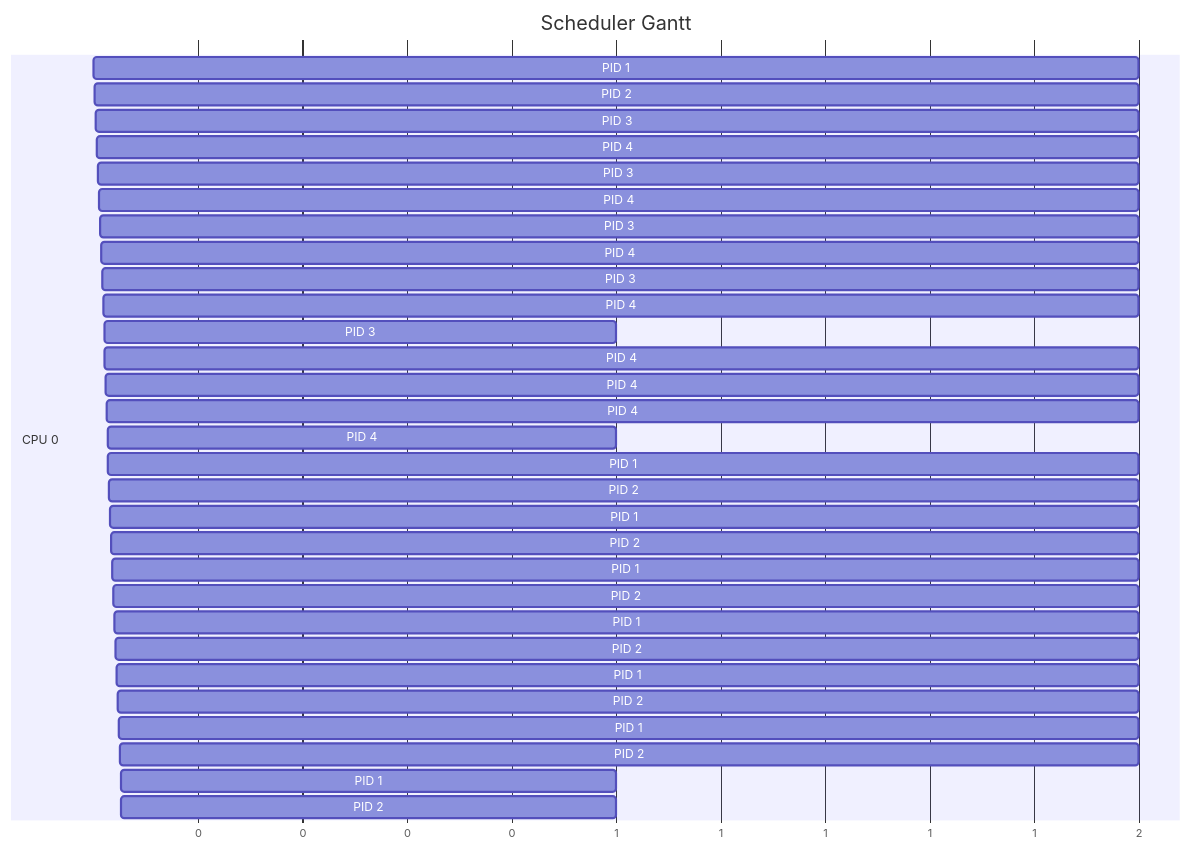
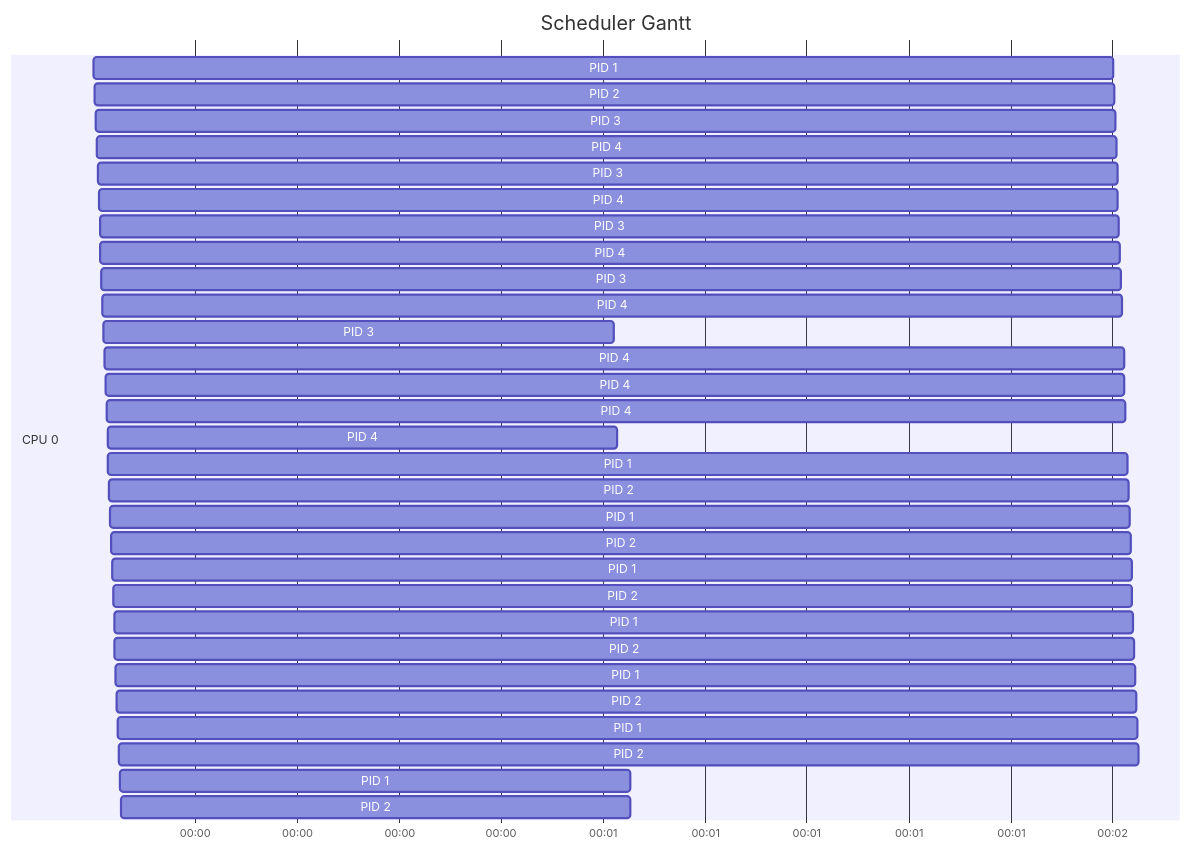
One commit to quangnguyencomeng/CO2018-261-CC-2453052 changed the second of 4 diagrams in docs/member1-gantt.md. Above: the diagram before and after it, drawn with Mermaid. The commit also changed other lines of this file and 2 other files, not shown here.

Commit message:
feat: Fix Gantt docs member 1

````diff
--- a/docs/member1-gantt.md
+++ b/docs/member1-gantt.md
@@ -34,36 +34,36 @@
 ```mermaid
 gantt
   title Scheduler Gantt
   dateFormat X
-  axisFormat %s
+  axisFormat %M:%S
   section CPU 0
-  PID 1 :1,2
-  PID 2 :3,2
-  PID 3 :5,2
-  PID 4 :7,2
-  PID 3 :9,2
-  PID 4 :11,2
-  PID 3 :13,2
-  PID 4 :15,2
-  PID 3 :17,2
-  PID 4 :19,2
-  PID 3 :21,1
-  PID 4 :22,2
-  PID 4 :24,2
-  PID 4 :26,2
-  PID 4 :28,1
-  PID 1 :29,2
-  PID 2 :31,2
-  PID 1 :33,2
-  PID 2 :35,2
-  PID 1 :37,2
-  PID 2 :39,2
-  PID 1 :41,2
-  PID 2 :43,2
-  PID 1 :45,2
-  PID 2 :47,2
-  PID 1 :49,2
-  PID 2 :51,2
-  PID 1 :53,1
-  PID 2 :54,1
+  PID 1 :1,2s
+  PID 2 :3,2s
+  PID 3 :5,2s
+  PID 4 :7,2s
+  PID 3 :9,2s
+  PID 4 :11,2s
+  PID 3 :13,2s
+  PID 4 :15,2s
+  PID 3 :17,2s
+  PID 4 :19,2s
+  PID 3 :21,1s
+  PID 4 :22,2s
+  PID 4 :24,2s
+  PID 4 :26,2s
+  PID 4 :28,1s
+  PID 1 :29,2s
+  PID 2 :31,2s
+  PID 1 :33,2s
+  PID 2 :35,2s
+  PID 1 :37,2s
+  PID 2 :39,2s
+  PID 1 :41,2s
+  PID 2 :43,2s
+  PID 1 :45,2s
+  PID 2 :47,2s
+  PID 1 :49,2s
+  PID 2 :51,2s
+  PID 1 :53,1s
+  PID 2 :54,1s
 ```
````
